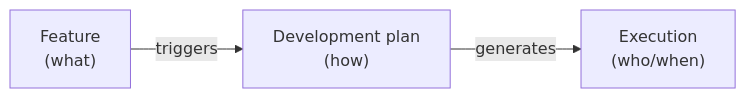
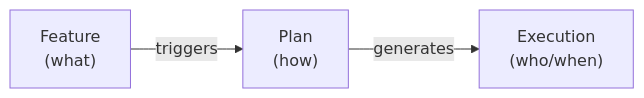
One commit to synchestra-io/specscore changed the first of 4 diagrams in spec/features/feature/README.md. Above: the diagram before and after it, drawn with Mermaid. The commit also changed other lines of this file and 9 other files, not shown here.

First line of the commit message:
refactor: update cross-references from development-plan to plan

````diff
--- a/spec/features/feature/README.md
+++ b/spec/features/feature/README.md
@@ -26,9 +26,9 @@
 ```mermaid
 graph LR
     A["Feature<br/>(what)"]
-    B["Development plan<br/>(how)"]
+    B["Plan<br/>(how)"]
     C["Execution<br/>(who/when)"]
 
     A -->|triggers| B
     B -->|generates| C
 ```
````
